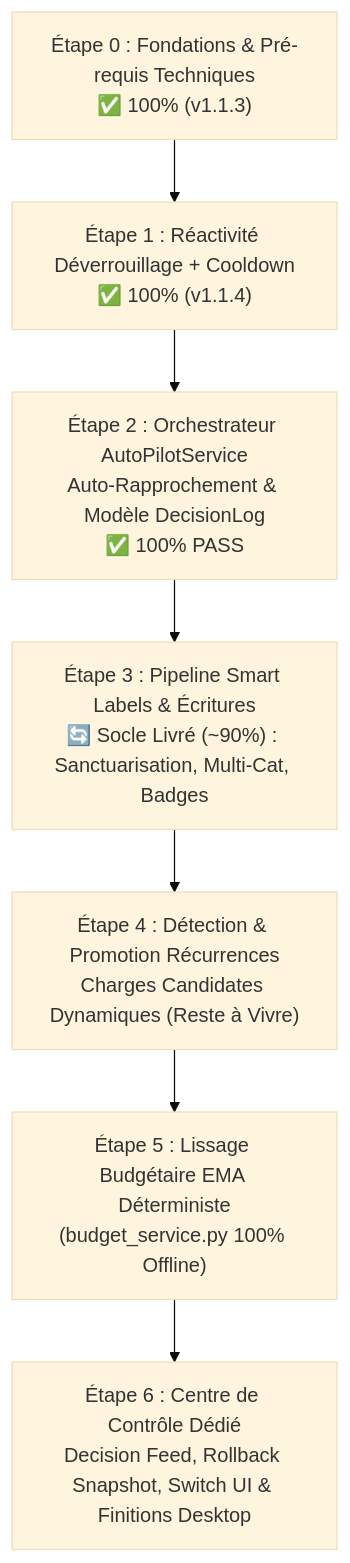
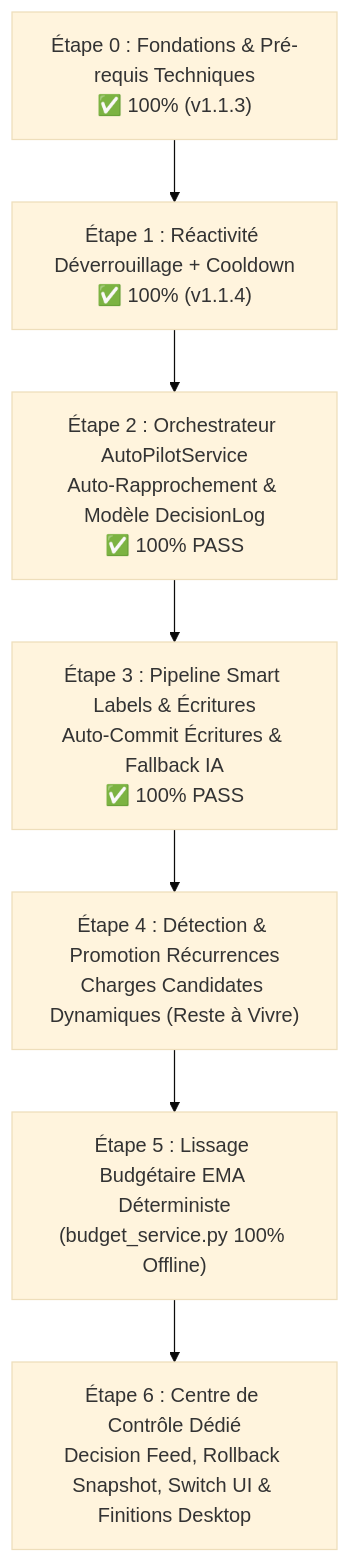
Before and after one commit to Aschefr/OmniBank-Local: the diagram in docs/AUTO_PILOT_ROADMAP.md, drawn with Mermaid (base theme). The commit also changed other lines of this file and 7 other files, not shown here.

First line of the commit message:
feat(autopilot): complete Step 3 with direct expense auto-commit and frictionless import dropzone

````diff
--- a/docs/AUTO_PILOT_ROADMAP.md
+++ b/docs/AUTO_PILOT_ROADMAP.md
@@ -461,9 +461,9 @@
 ```mermaid
 graph TD
     Z["Étape 0 : Fondations & Pré-requis Techniques<br/>✅ 100% (v1.1.3)"] --> A["Étape 1 : Réactivité Déverrouillage + Cooldown<br/>✅ 100% (v1.1.4)"]
     A --> B["Étape 2 : Orchestrateur AutoPilotService<br/>Auto-Rapprochement & Modèle DecisionLog<br/>✅ 100% PASS"]
-    B --> C["Étape 3 : Pipeline Smart Labels & Écritures<br/>🔄 Socle Livré (~90%) : Sanctuarisation, Multi-Cat, Badges"]
+    B --> C["Étape 3 : Pipeline Smart Labels & Écritures<br/>Auto-Commit Écritures & Fallback IA<br/>✅ 100% PASS"]
     C --> D["Étape 4 : Détection & Promotion Récurrences<br/>Charges Candidates Dynamiques (Reste à Vivre)"]
     D --> E["Étape 5 : Lissage Budgétaire EMA Déterministe<br/>(budget_service.py 100% Offline)"]
     E --> F["Étape 6 : Centre de Contrôle Dédié<br/>Decision Feed, Rollback Snapshot, Switch UI & Finitions Desktop"]
 ```
````
